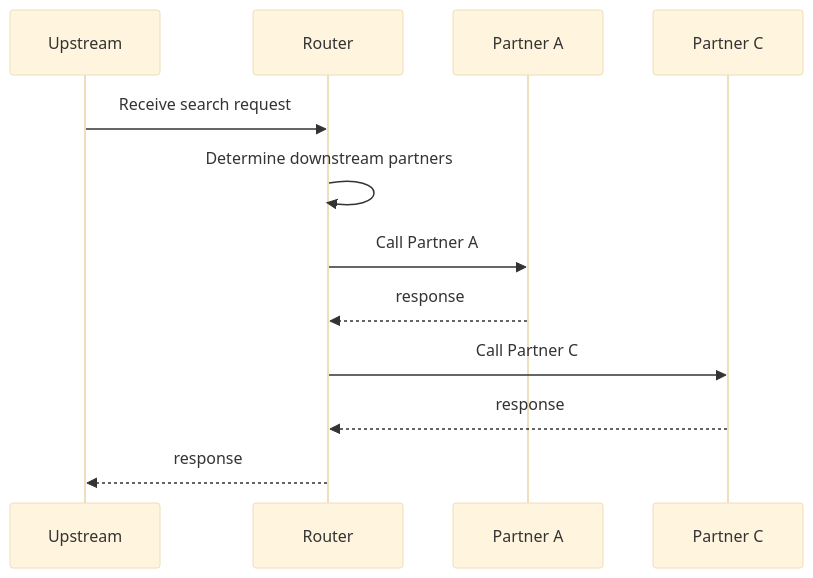
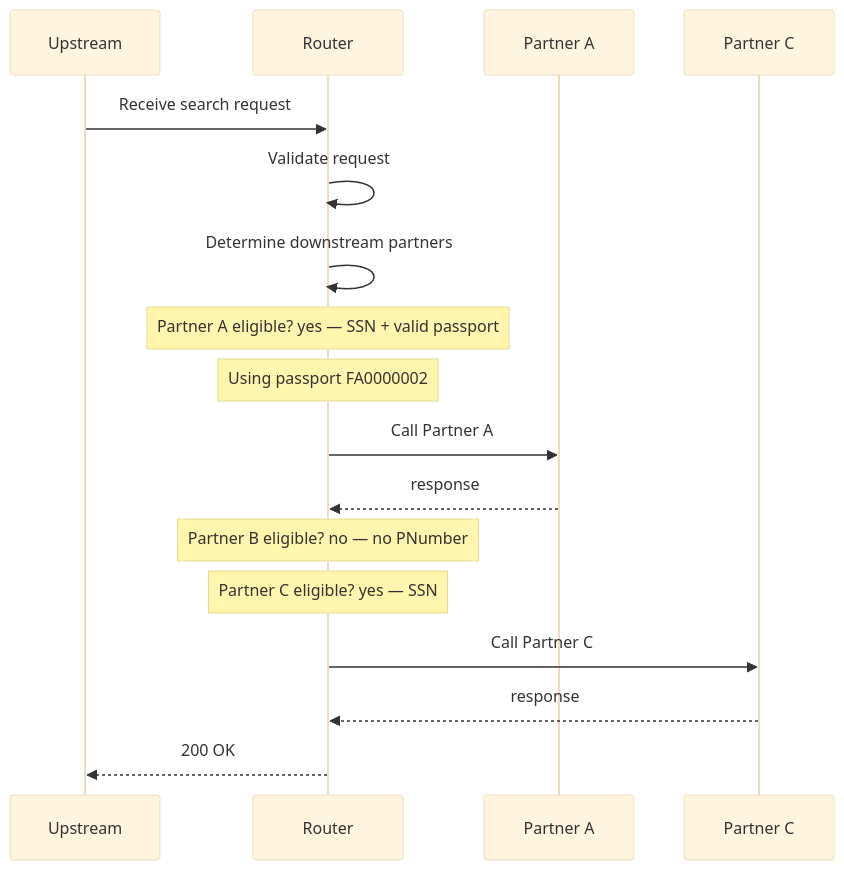
Before and after one commit to jwdomes/automockit: the diagram in main-app/docs/flows/a-and-c.mmd, drawn with Mermaid (base theme). The commit also changed 45 other files, not shown here.

```diff
--- a/main-app/docs/flows/a-and-c.mmd
+++ b/main-app/docs/flows/a-and-c.mmd
@@ -1,13 +1,18 @@
 sequenceDiagram
     %% SSN and valid passport but no PNumber: A and C are called, B is skipped
     participant UPSTREAM as Upstream
     participant ROUTER as Router
     participant PARTNER_A as Partner A
     participant PARTNER_C as Partner C
     UPSTREAM->>ROUTER: Receive search request
+    ROUTER->>ROUTER: Validate request
     ROUTER->>ROUTER: Determine downstream partners
+    Note over ROUTER: Partner A eligible? yes — SSN + valid passport
+    Note over ROUTER: Using passport FA0000002
     ROUTER->>PARTNER_A: Call Partner A
     PARTNER_A-->>ROUTER: response
+    Note over ROUTER: Partner B eligible? no — no PNumber
+    Note over ROUTER: Partner C eligible? yes — SSN
     ROUTER->>PARTNER_C: Call Partner C
     PARTNER_C-->>ROUTER: response
-    ROUTER-->>UPSTREAM: response
+    ROUTER-->>UPSTREAM: 200 OK
```
